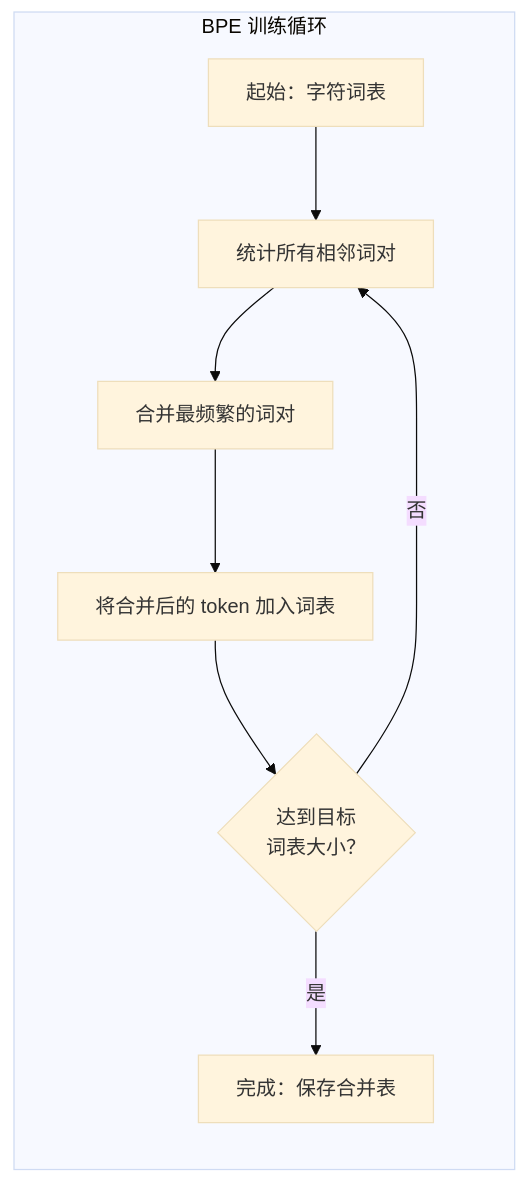
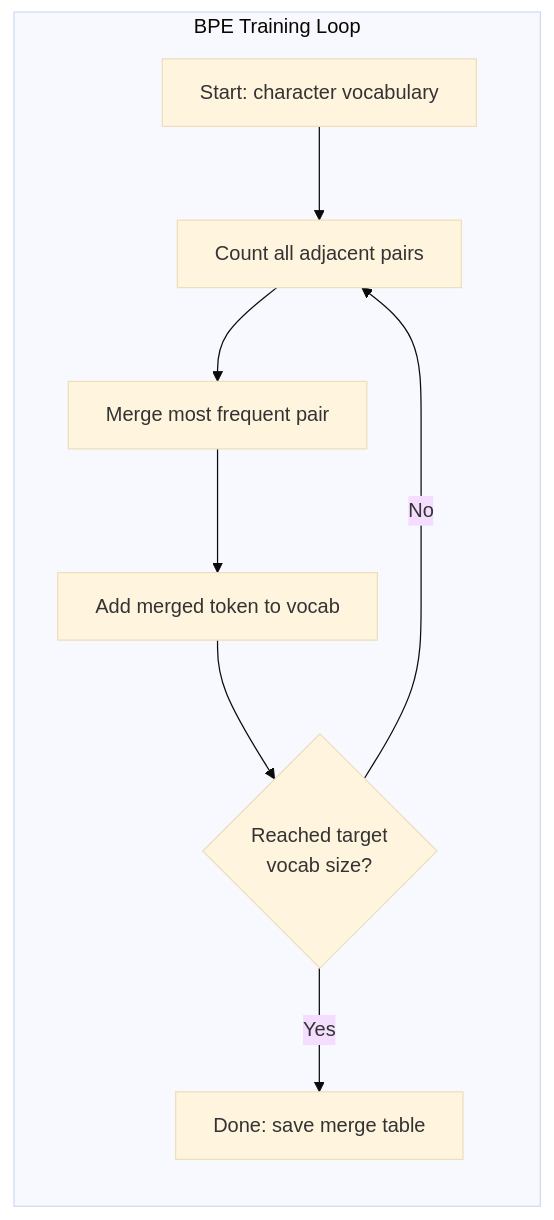
One commit to xiaojiaenen/ai-engineering-from-scratch-zh changed the second of 3 diagrams in i18n/zh/phases/10-llms-from-scratch/01-tokenizers/docs/zh.md. Above: the diagram before and after it, drawn with Mermaid (base theme). The commit also changed other lines of this file and 24 other files, not shown here.

````diff
--- a/i18n/zh/phases/10-llms-from-scratch/01-tokenizers/docs/zh.md
+++ b/i18n/zh/phases/10-llms-from-scratch/01-tokenizers/docs/zh.md
@@ -110,12 +111,12 @@
 ```mermaid
 graph LR
-    subgraph Training["BPE 训练循环"]
+    subgraph Training["BPE Training Loop"]
         direction TB
-        T1["起始：字符词表"] --> T2["统计所有相邻词对"]
-        T2 --> T3["合并最频繁的词对"]
-        T3 --> T4["将合并后的 token 加入词表"]
-        T4 --> T5{"达到目标\n词表大小？"}
-        T5 -->|否| T2
-        T5 -->|是| T6["完成：保存合并表"]
+        T1["Start: character vocabulary"] --> T2["Count all adjacent pairs"]
+        T2 --> T3["Merge most frequent pair"]
+        T3 --> T4["Add merged token to vocab"]
+        T4 --> T5{"Reached target\nvocab size?"}
+        T5 -->|No| T2
+        T5 -->|Yes| T6["Done: save merge table"]
     end
 ```
````
